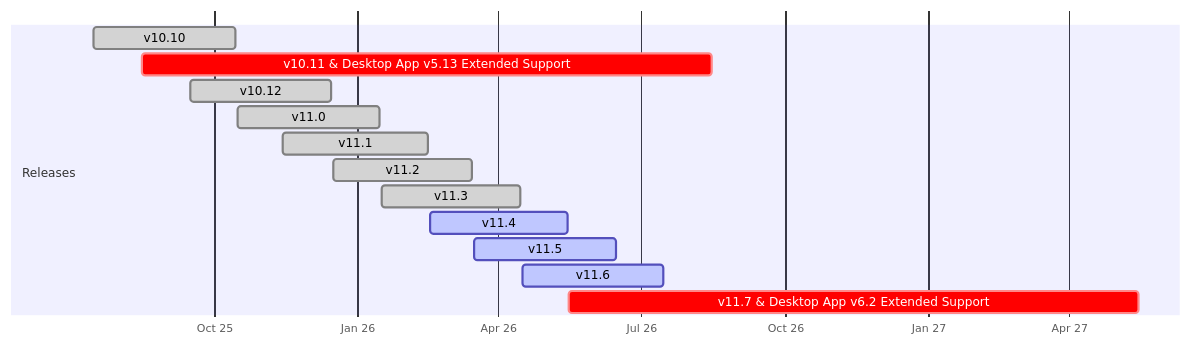
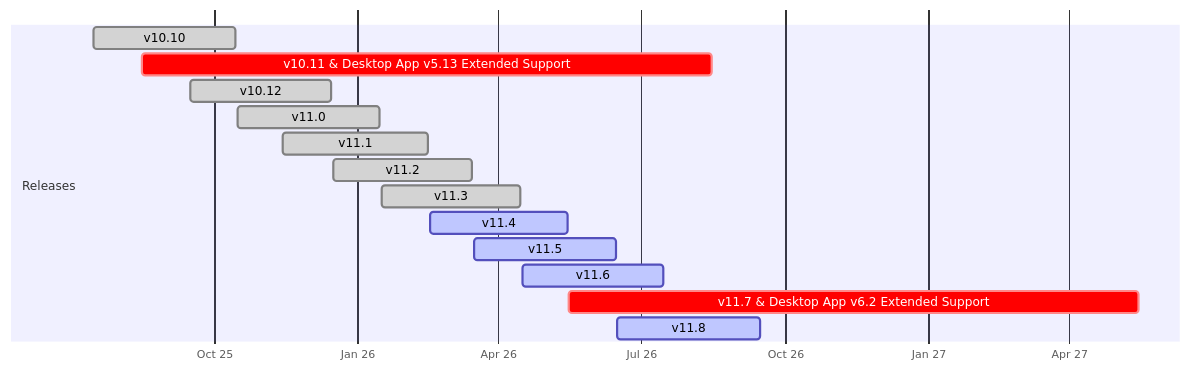
Before and after one commit to mattermost/docs: the diagram in source/product-overview/release-policy.md, drawn with Mermaid.

````diff
--- a/source/product-overview/release-policy.md
+++ b/source/product-overview/release-policy.md
@@ -44,19 +44,20 @@
 ```{mermaid}
 
 gantt
     dateFormat  YYYY-MM-DD
     axisFormat  %b %y
 
     section Releases
     v10.10                 :done, 2025-07-16, 2025-10-15
     v10.11 & Desktop App v5.13 Extended Support :crit,    2025-08-16, 2026-08-15
     v10.12                 :done, 2025-09-16, 2025-12-15
     v11.0                  :done, 2025-10-16, 2026-01-15
     v11.1                  :done, 2025-11-14, 2026-02-15
     v11.2                  :done, 2025-12-16, 2026-03-15
     v11.3                  :done, 2026-01-16, 2026-04-15
     v11.4                  :active, 2026-02-16, 2026-05-15
     v11.5                  :active, 2026-03-16, 2026-06-15
     v11.6                  :active, 2026-04-16, 2026-07-15
     v11.7 & Desktop App v6.2 Extended Support :crit,    2026-05-16, 2027-05-15
+    v11.8                  :active, 2026-06-16, 2026-09-15
 ```
````
